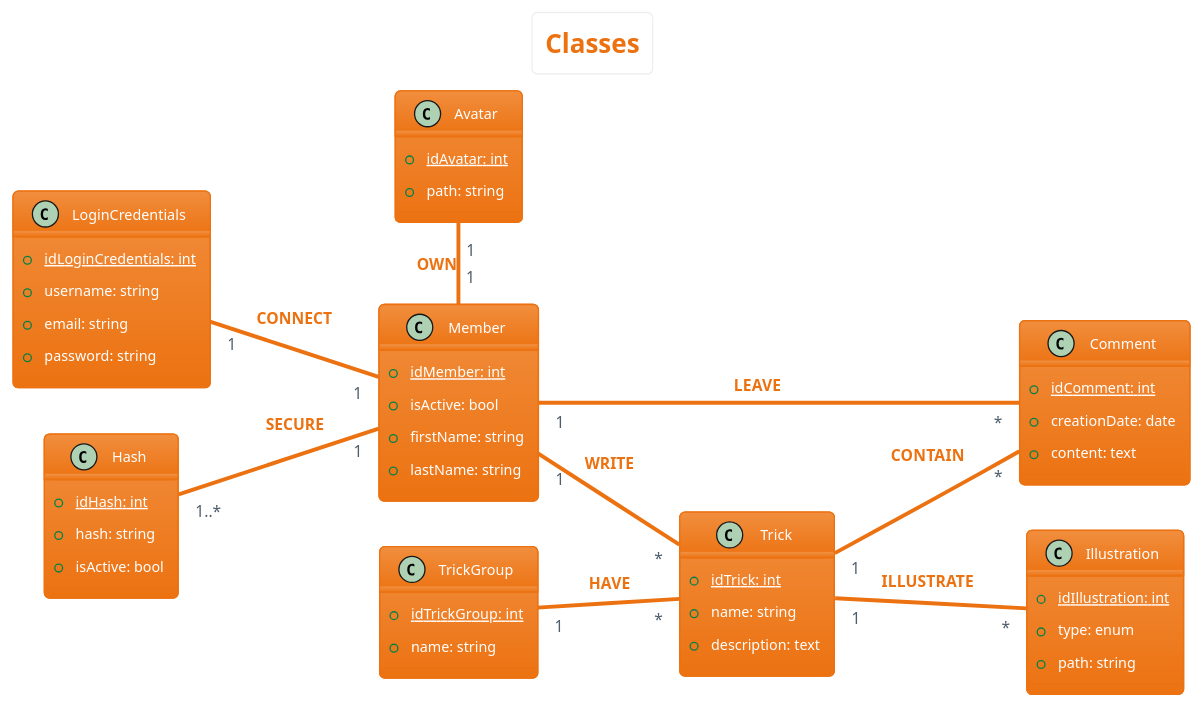
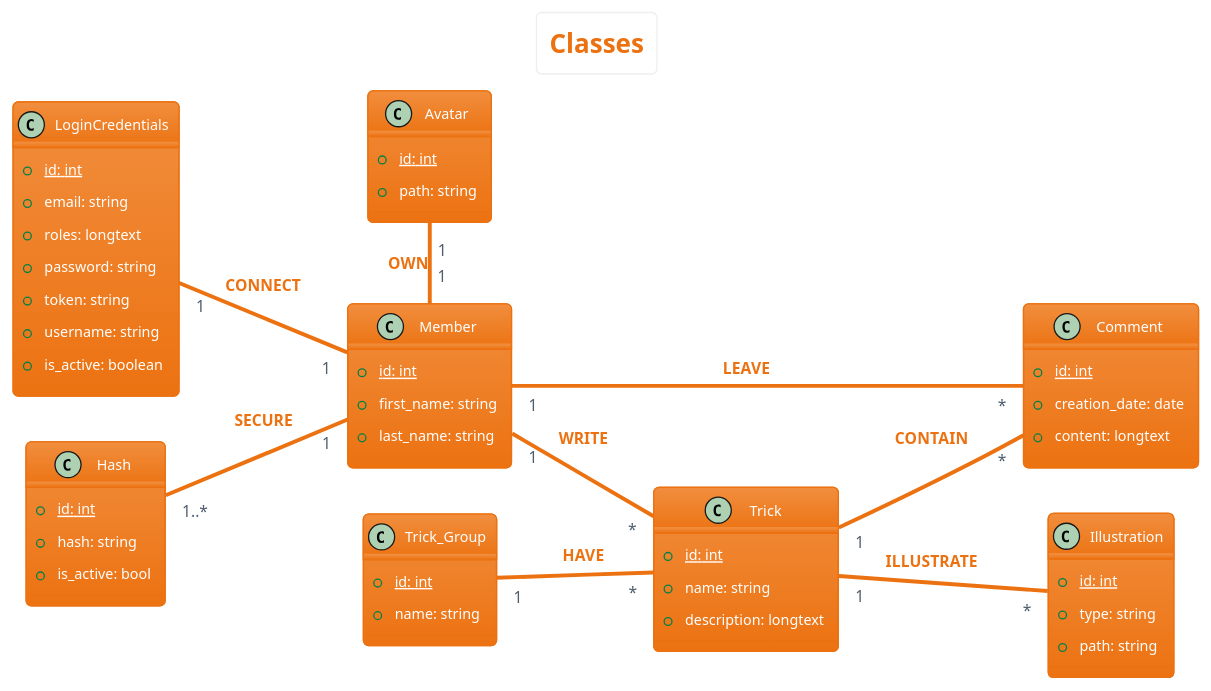
The diagram in diagrammes/class/class.plantuml (sebastien-d-me/SnowTricks), drawn with PlantUML before and after one commit. The commit also changed 4 other files, not shown here.

First line of the commit message:
📝 Fix UML

```diff
--- a/diagrammes/class/class.plantuml
+++ b/diagrammes/class/class.plantuml
@@ -1,76 +1,78 @@
 @startuml classes
 left to right direction
 skinparam actorStyle Awesome
 skinparam ArrowThickness 1
 !theme aws-orange
 skinparam backgroundcolor White
 
 'Titre'
 title Classes
 
 'Comment'
 class Comment {
-    {static} +idComment: int
-    +creationDate: date
-    +content: text
+    {static} +id: int
+    +creation_date: date
+    +content: longtext
 }
 
 'Trick Group'
-class TrickGroup {
-    {static} +idTrickGroup: int
+class Trick_Group {
+    {static} +id: int
     +name: string
 }
 
 'Member'
 class Member {
-    {static} +idMember: int
-    +isActive: bool
-    +firstName: string
-    +lastName: string
+    {static} +id: int
+    +first_name: string
+    +last_name: string
 }
 
 'Login Credentials'
 class LoginCredentials {
-    {static} +idLoginCredentials: int
+    {static} +id: int
+    +email: string
+    +roles: longtext
+    +password: string
+    +token: string
     +username: string
-    +email: string
-    +password: string
+    +is_active: boolean
 }
 
 'Trick'
 class Trick {
-    {static} +idTrick: int
+    {static} +id: int
     +name: string
-    +description: text
+    +description: longtext
 }
 
 'Hash'
 class Hash {
-    {static} +idHash: int
+    {static} +id: int
     +hash: string
-    +isActive: bool 
+    +is_active: bool 
 }
 
 'Illustration'
 class Illustration {
-    {static} +idIllustration: int
-    +type: enum
+    {static} +id: int
+    +type: string
     +path: string 
 }
 
 'Avatar'
 class Avatar {
-    {static} +idAvatar: int
+    {static} +id: int
     +path: string
 }
 
 'Déroulement'
 Avatar "1" - "1" Member: $warning("OWN")
 LoginCredentials "1" -- "1" Member: $warning("CONNECT")
 Hash "1..*" -- "1" Member: $warning("SECURE")
 Member "1" -- "*" Trick: $warning("WRITE")
 Member "1" -- "*" Comment: $warning("LEAVE")
 Trick "1" -- "*" Comment: $warning("CONTAIN")
-TrickGroup "1" -- "*" Trick: $warning("HAVE")
+Trick_Group "1" -- "*" Trick: $warning("HAVE")
 Trick "1" -- "*" Illustration: $warning("ILLUSTRATE")
 @enduml
```
